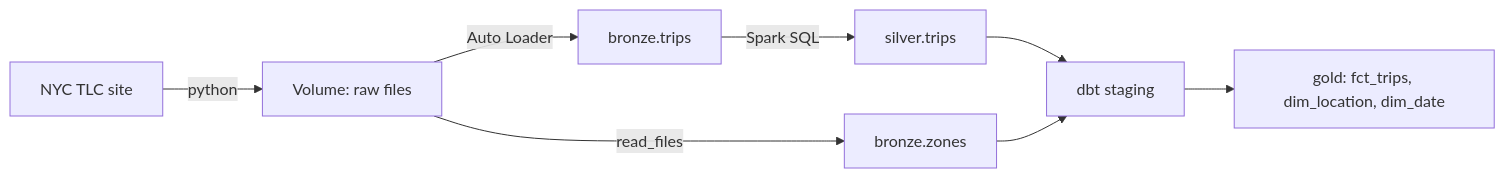
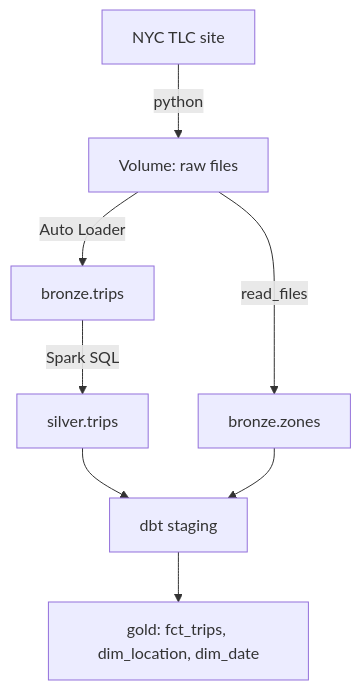
Before and after one commit to jayjorneypua/nyc-taxi-pipeline: the diagram in README.md, drawn with Mermaid. The commit also changed 2 other files, not shown here.

Commit message:
incremental fct_trips

````diff
--- a/README.md
+++ b/README.md
@@ -7,10 +7,10 @@
 ```mermaid
-flowchart LR
+flowchart TD
     A[NYC TLC site] -->|python| B[Volume: raw files]
     B -->|Auto Loader| C[bronze.trips]
     B -->|read_files| D[bronze.zones]
     C -->|Spark SQL| E[silver.trips]
     E --> F[dbt staging]
     D --> F
     F --> G[gold: fct_trips, dim_location, dim_date]
 ```
````
